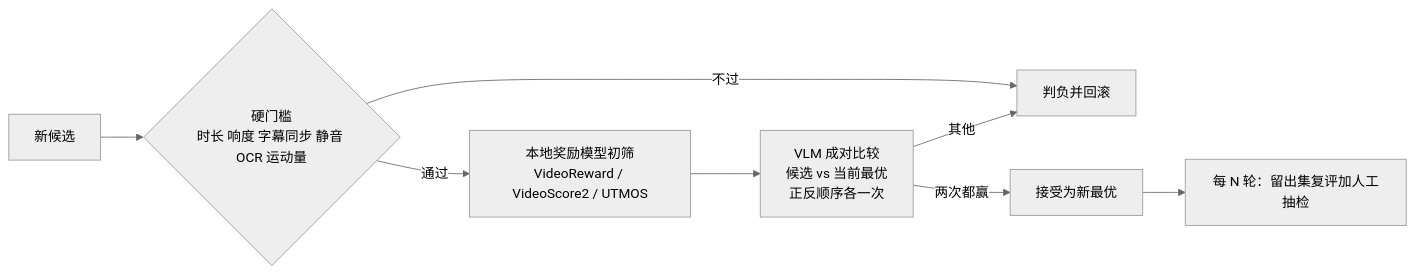
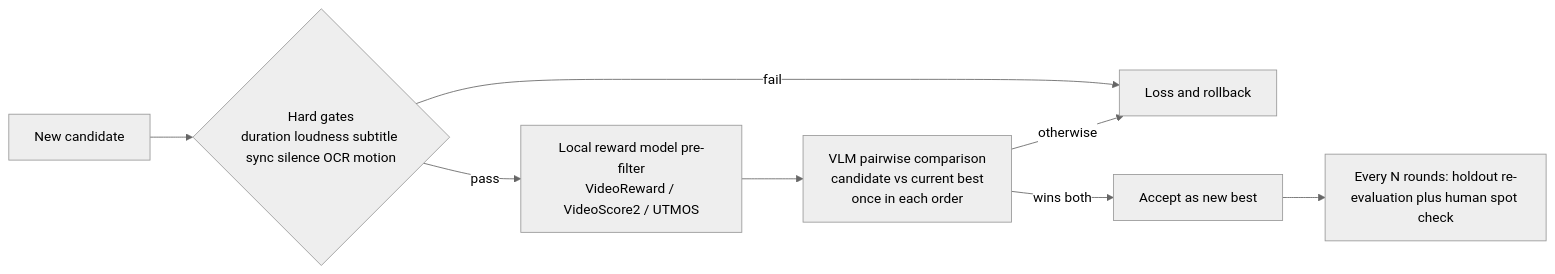
Before and after one commit to 3136321049/rsi-anything: the first of 2 diagrams in docs/research/C-self-media.md, drawn with Mermaid (neutral theme). The commit also changed other lines of this file and 283 other files, not shown here.

````diff
--- a/docs/research/C-self-media.md
+++ b/docs/research/C-self-media.md
@@ -310,10 +310,10 @@
 ```mermaid
 flowchart LR
-  A[新候选] --> B{硬门槛<br/>时长 响度 字幕同步 静音 OCR 运动量}
-  B -- 不过 --> R[判负并回滚]
-  B -- 通过 --> C[本地奖励模型初筛<br/>VideoReward / VideoScore2 / UTMOS]
-  C --> D[VLM 成对比较<br/>候选 vs 当前最优<br/>正反顺序各一次]
-  D -- 两次都赢 --> K[接受为新最优]
-  D -- 其他 --> R
-  K --> H[每 N 轮：留出集复评加人工抽检]
+  A[New candidate] --> B{Hard gates<br/>duration loudness subtitle sync silence OCR motion}
+  B -- fail --> R[Loss and rollback]
+  B -- pass --> C[Local reward model pre-filter<br/>VideoReward / VideoScore2 / UTMOS]
+  C --> D[VLM pairwise comparison<br/>candidate vs current best<br/>once in each order]
+  D -- wins both --> K[Accept as new best]
+  D -- otherwise --> R
+  K --> H[Every N rounds: holdout re-evaluation plus human spot check]
 ```
````
